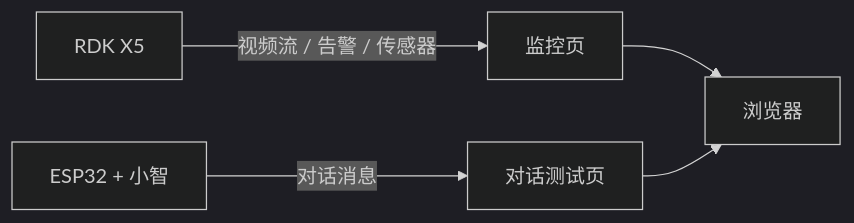
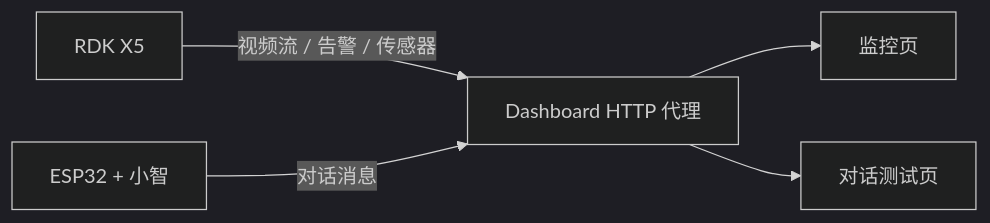
The first of 3 diagrams in docs/ARCHITECTURE.md (2796923149akeman-jpg/tongyu-zhishu), drawn with Mermaid (dark theme) before and after one commit. The commit also changed other lines of this file and 7 other files, not shown here.

````diff
--- a/docs/ARCHITECTURE.md
+++ b/docs/ARCHITECTURE.md
@@ -9,7 +9,7 @@
 ```mermaid
 flowchart LR
-    RDK[RDK X5] -->|视频流 / 告警 / 传感器| Monitor[监控页]
-    ESP32[ESP32 + 小智] -->|对话消息| Chat[对话测试页]
-    Monitor --> Browser[浏览器]
-    Chat --> Browser
+    RDK[RDK X5] -->|视频流 / 告警 / 传感器| D[Dashboard HTTP 代理]
+    ESP32[ESP32 + 小智] -->|对话消息| D
+    D --> Monitor[监控页]
+    D --> Chat[对话测试页]
 ```
````
